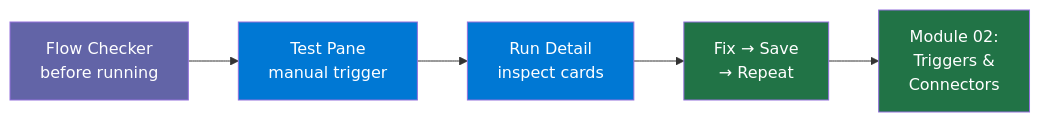
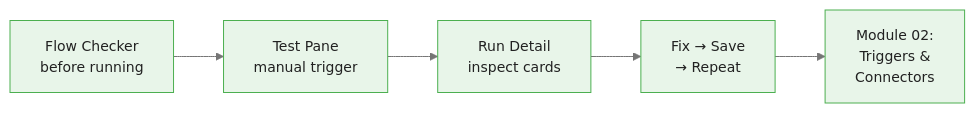
One commit to m-deane/course-creator changed the sixth of 6 diagrams in courses/power-automate/modules/module_01_first_cloud_flow/guides/02_testing_debugging_slides.md. Above: the diagram before and after it, drawn with Mermaid. The commit also changed other lines of this file and 72 other files, not shown here.

````diff
--- a/courses/power-automate/modules/module_01_first_cloud_flow/guides/02_testing_debugging_slides.md
+++ b/courses/power-automate/modules/module_01_first_cloud_flow/guides/02_testing_debugging_slides.md
@@ -279,10 +309,6 @@
 ```mermaid
+%%{init: {"theme": "base", "themeVariables": {"primaryColor": "#e8f5e9", "primaryBorderColor": "#4caf50", "primaryTextColor": "#212121", "secondaryColor": "#e3f2fd", "tertiaryColor": "#fff8e1", "lineColor": "#757575", "fontFamily": "Inter, sans-serif", "fontSize": "14px"}}}%%
 graph LR
     A["Flow Checker\nbefore running"] --> B["Test Pane\nmanual trigger"] --> C["Run Detail\ninspect cards"] --> D["Fix → Save\n→ Repeat"]
     D --> E["Module 02:\nTriggers &\nConnectors"]
-    style A fill:#6264A7,color:#fff
-    style B fill:#0078D4,color:#fff
-    style C fill:#0078D4,color:#fff
-    style D fill:#217346,color:#fff
-    style E fill:#217346,color:#fff
 ```
````
